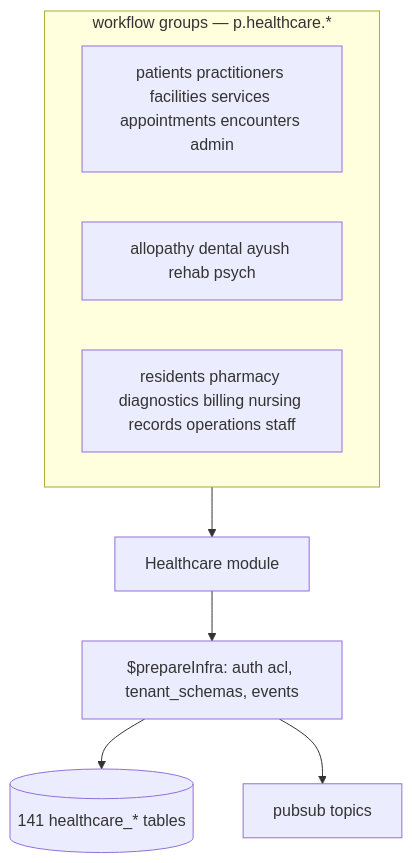
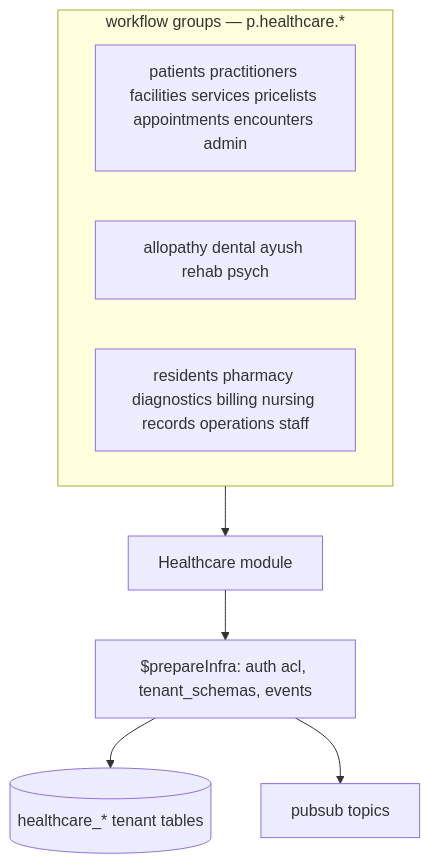
Before and after one commit to AdityaBorkar/aspen-os: the diagram in packages/healthcare/docs/overview.mdx, drawn with Mermaid. The commit also changed other lines of this file and 72 other files, not shown here.

````diff
--- a/packages/healthcare/docs/overview.mdx
+++ b/packages/healthcare/docs/overview.mdx
@@ -46,13 +46,13 @@
 ```mermaid
 flowchart TB
   subgraph Groups[workflow groups — p.healthcare.*]
     direction LR
-    REG[patients practitioners facilities services appointments encounters admin]
+    REG[patients practitioners facilities services pricelists appointments encounters admin]
     EMR[allopathy dental ayush rehab psych]
     OPS[residents pharmacy diagnostics billing nursing records operations staff]
   end
   Groups --> M[Healthcare module]
   M --> INFRA[$prepareInfra: auth acl, tenant_schemas, events]
-  INFRA --> DB[(141 healthcare_* tables)]
+  INFRA --> DB[(healthcare_* tenant tables)]
   INFRA --> PS[pubsub topics]
 ```
````
